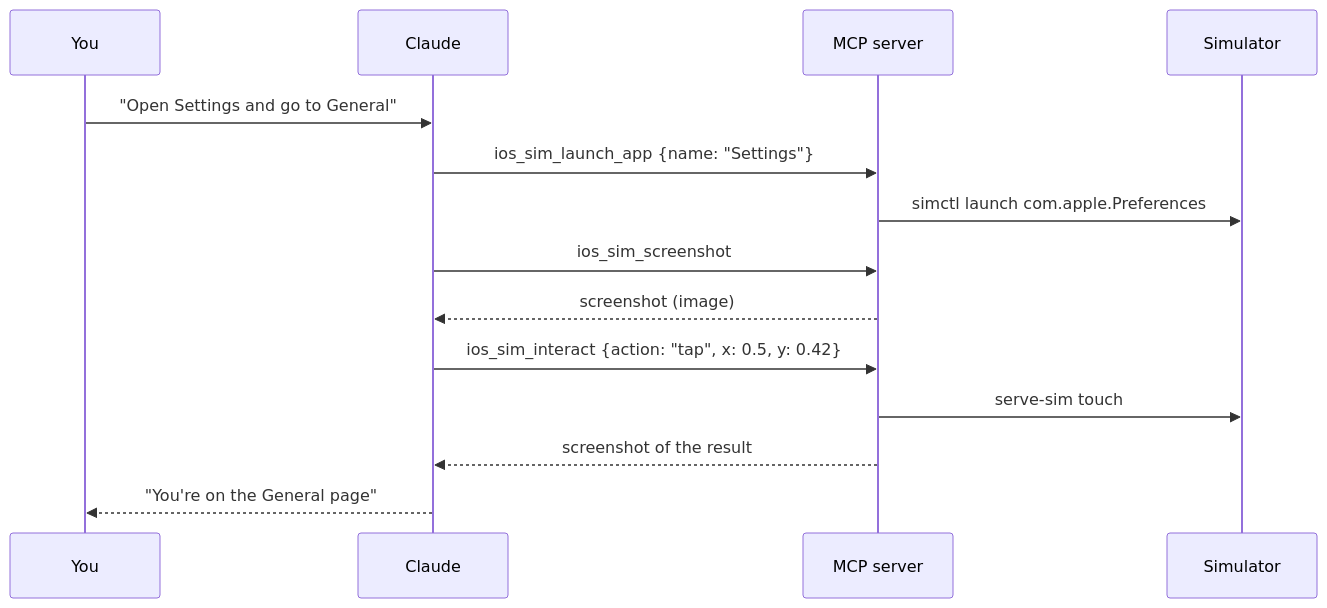
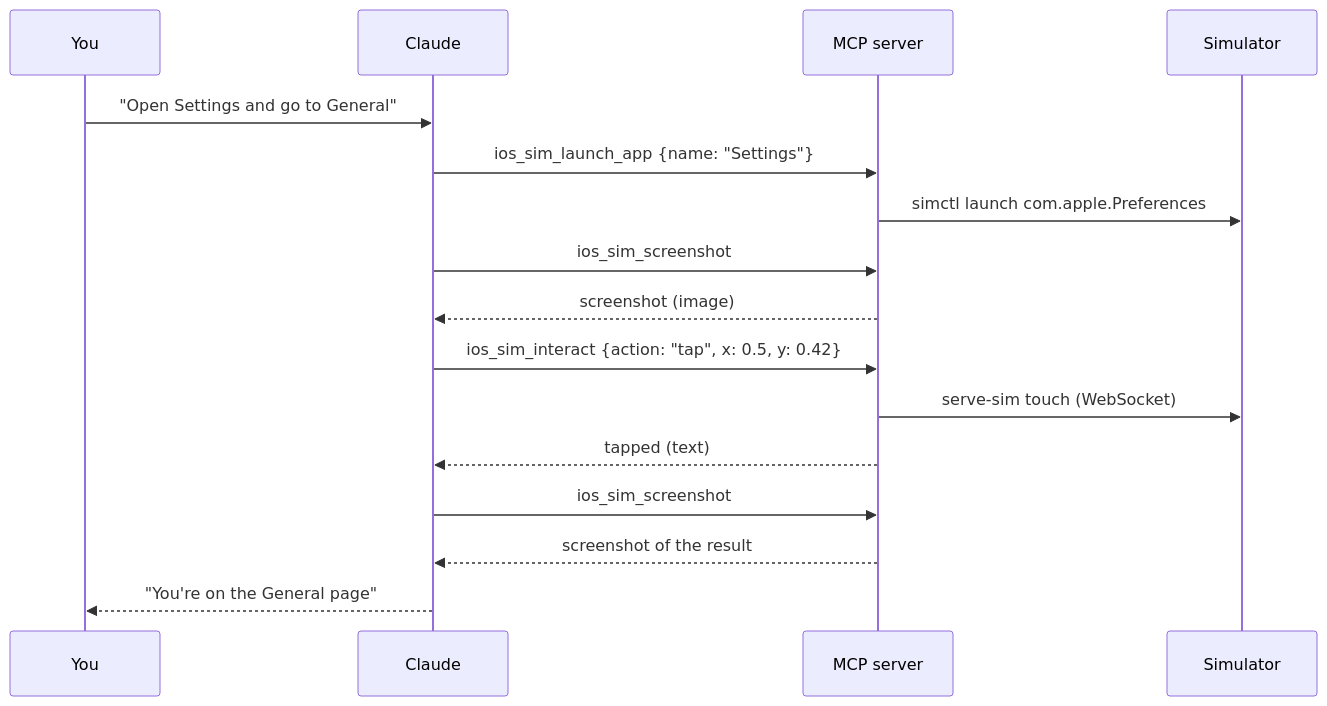
The diagram in README.en.md (elisezhu123/cc-ios-simulator), drawn with Mermaid before and after one commit. The commit also changed other lines of this file and 9 other files, not shown here.

First line of the commit message:
perf(interact): answer in text by default instead of waiting for an effect screenshot

````diff
--- a/README.en.md
+++ b/README.en.md
@@ -269,16 +269,18 @@
 ```mermaid
 sequenceDiagram
     participant U as You
     participant C as Claude
     participant M as MCP server
     participant S as Simulator
     U->>C: "Open Settings and go to General"
     C->>M: ios_sim_launch_app {name: "Settings"}
     M->>S: simctl launch com.apple.Preferences
     C->>M: ios_sim_screenshot
     M-->>C: screenshot (image)
     C->>M: ios_sim_interact {action: "tap", x: 0.5, y: 0.42}
-    M->>S: serve-sim touch
+    M->>S: serve-sim touch (WebSocket)
+    M-->>C: tapped (text)
+    C->>M: ios_sim_screenshot
     M-->>C: screenshot of the result
     C-->>U: "You're on the General page"
 ```
````
